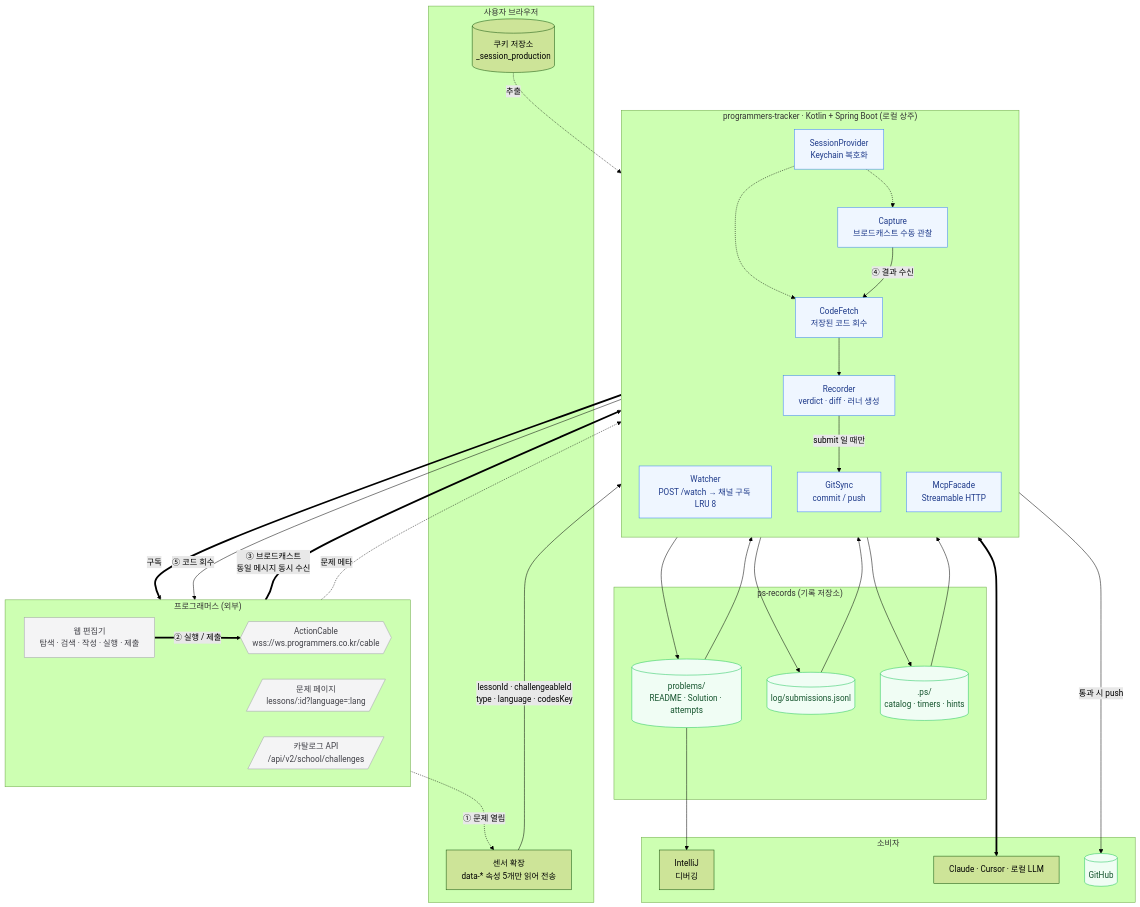
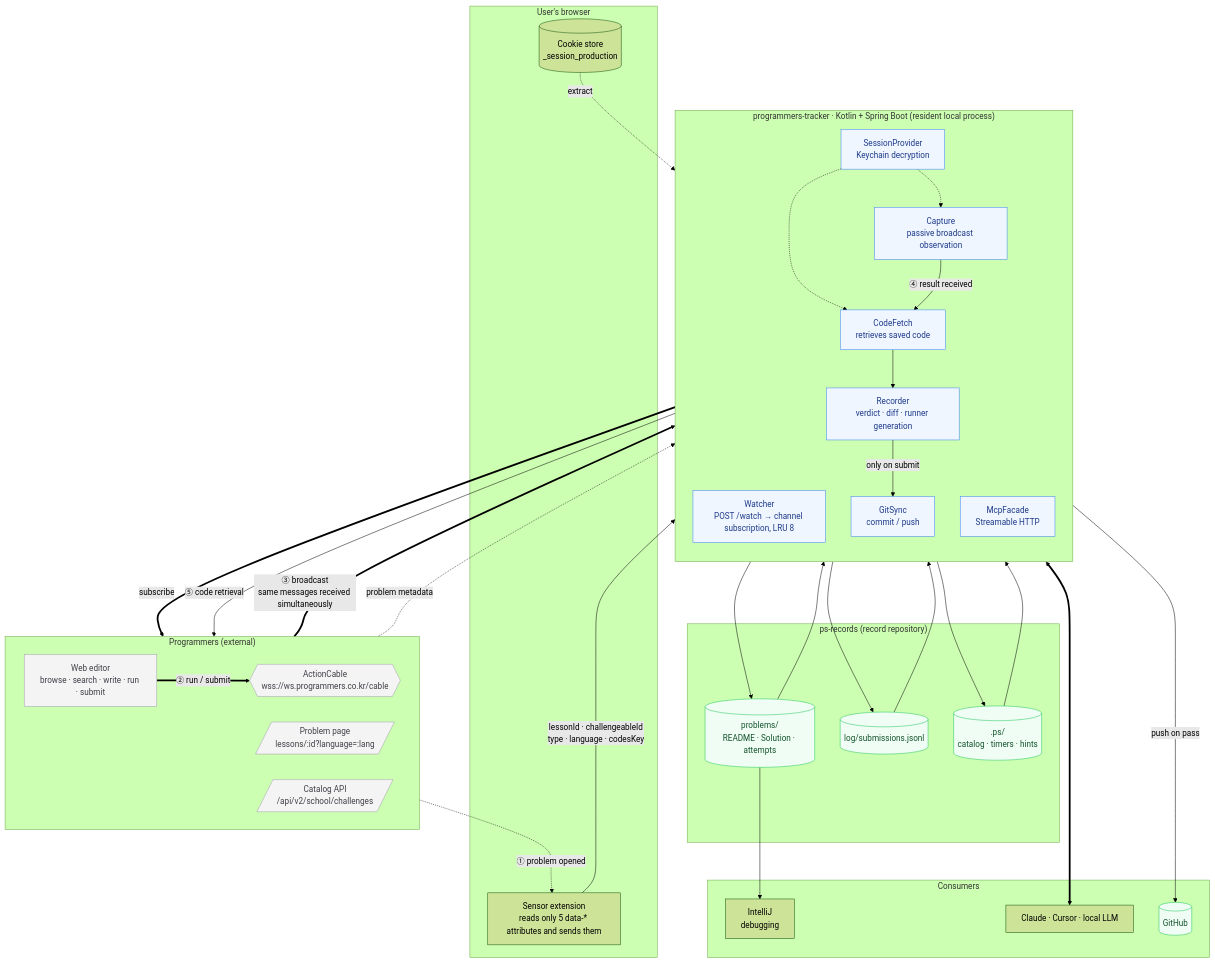
Before and after one commit to BrokenFinger98/programmers-tracker: the first of 3 diagrams in docs/superpowers/specs/2026-08-04-programmers-tracker-design.md, drawn with Mermaid (forest theme). The commit also changed other lines of this file and 39 other files, not shown here.

````diff
--- a/docs/superpowers/specs/2026-08-04-programmers-tracker-design.md
+++ b/docs/superpowers/specs/2026-08-04-programmers-tracker-design.md
@@ -52,72 +56,72 @@
 ```mermaid
 flowchart TB
-    subgraph PGM["프로그래머스 (외부)"]
+    subgraph PGM["Programmers (external)"]
         direction LR
-        WEB["웹 편집기<br/>탐색 · 검색 · 작성 · 실행 · 제출"]
+        WEB["Web editor<br/>browse · search · write · run · submit"]
         CABLE{{"ActionCable<br/>wss://ws.programmers.co.kr/cable"}}
-        PAGE[/"문제 페이지<br/>lessons/:id?language=:lang"/]
-        CATALOG[/"카탈로그 API<br/>/api/v2/school/challenges"/]
+        PAGE[/"Problem page<br/>lessons/:id?language=:lang"/]
+        CATALOG[/"Catalog API<br/>/api/v2/school/challenges"/]
     end
 
-    subgraph BROWSER["사용자 브라우저"]
-        SENSOR["센서 확장<br/>data-* 속성 5개만 읽어 전송"]
-        COOKIE[("쿠키 저장소<br/>_session_production")]
+    subgraph BROWSER["User's browser"]
+        SENSOR["Sensor extension<br/>reads only 5 data-* attributes and sends them"]
+        COOKIE[("Cookie store<br/>_session_production")]
     end
 
-    subgraph SERVER["programmers-tracker · Kotlin + Spring Boot (로컬 상주)"]
+    subgraph SERVER["programmers-tracker · Kotlin + Spring Boot (resident local process)"]
         direction TB
-        WATCHER["Watcher<br/>POST /watch → 채널 구독 LRU 8"]
-        CAPTURE["Capture<br/>브로드캐스트 수동 관찰"]
-        AUTH["SessionProvider<br/>Keychain 복호화"]
-        FETCH["CodeFetch<br/>저장된 코드 회수"]
-        RECORDER["Recorder<br/>verdict · diff · 러너 생성"]
+        WATCHER["Watcher<br/>POST /watch → channel subscription, LRU 8"]
+        CAPTURE["Capture<br/>passive broadcast observation"]
+        AUTH["SessionProvider<br/>Keychain decryption"]
+        FETCH["CodeFetch<br/>retrieves saved code"]
+        RECORDER["Recorder<br/>verdict · diff · runner generation"]
         GIT["GitSync<br/>commit / push"]
         MCP["McpFacade<br/>Streamable HTTP"]
     end
 
-    subgraph STORE["ps-records (기록 저장소)"]
+    subgraph STORE["ps-records (record repository)"]
         DIRS[("problems/<br/>README · Solution · attempts")]
         JSONL[("log/submissions.jsonl")]
         STATE[(".ps/<br/>catalog · timers · hints")]
     end
 
-    subgraph CONSUMERS["소비자"]
-        IDE["IntelliJ<br/>디버깅"]
-        AI["Claude · Cursor · 로컬 LLM"]
+    subgraph CONSUMERS["Consumers"]
+        IDE["IntelliJ<br/>debugging"]
+        AI["Claude · Cursor · local LLM"]
         GH[("GitHub")]
     end
 
-    WEB -.->|"① 문제 열림"| SENSOR
+    WEB -.->|"① problem opened"| SENSOR
     SENSOR -->|"lessonId · challengeableId<br/>type · language · codesKey"| WATCHER
-    WATCHER ==>|"구독"| CABLE
-    WEB ==>|"② 실행 / 제출"| CABLE
-    CABLE ==>|"③ 브로드캐스트<br/>동일 메시지 동시 수신"| CAPTURE
+    WATCHER ==>|"subscribe"| CABLE
+    WEB ==>|"② run / submit"| CABLE
+    CABLE ==>|"③ broadcast<br/>same messages received simultaneously"| CAPTURE
 
-    COOKIE -.->|"추출"| AUTH
+    COOKIE -.->|"extract"| AUTH
     AUTH -.-> CAPTURE
     AUTH -.-> FETCH
 
-    CAPTURE -->|"④ 결과 수신"| FETCH
-    FETCH -->|"⑤ 코드 회수"| PAGE
+    CAPTURE -->|"④ result received"| FETCH
+    FETCH -->|"⑤ code retrieval"| PAGE
     FETCH --> RECORDER
-    CATALOG -.->|"문제 메타"| RECORDER
+    CATALOG -.->|"problem metadata"| RECORDER
 
     RECORDER --> DIRS
     RECORDER --> JSONL
     RECORDER --> STATE
-    RECORDER -->|"submit 일 때만"| GIT
-    GIT -->|"통과 시 push"| GH
+    RECORDER -->|"only on submit"| GIT
+    GIT -->|"push on pass"| GH
 
     DIRS --> IDE
     DIRS --> MCP
     JSONL --> MCP
     STATE --> MCP
     MCP <==> AI
 
     classDef ext fill:#f4f4f5,stroke:#a1a1aa,color:#3f3f46
     classDef srv fill:#eff6ff,stroke:#3b82f6,color:#1e3a8a
     classDef sto fill:#f0fdf4,stroke:#22c55e,color:#14532d
     class WEB,CABLE,PAGE,CATALOG ext
     class WATCHER,CAPTURE,AUTH,FETCH,RECORDER,GIT,MCP srv
     class DIRS,JSONL,STATE,GH sto
 ```
````
